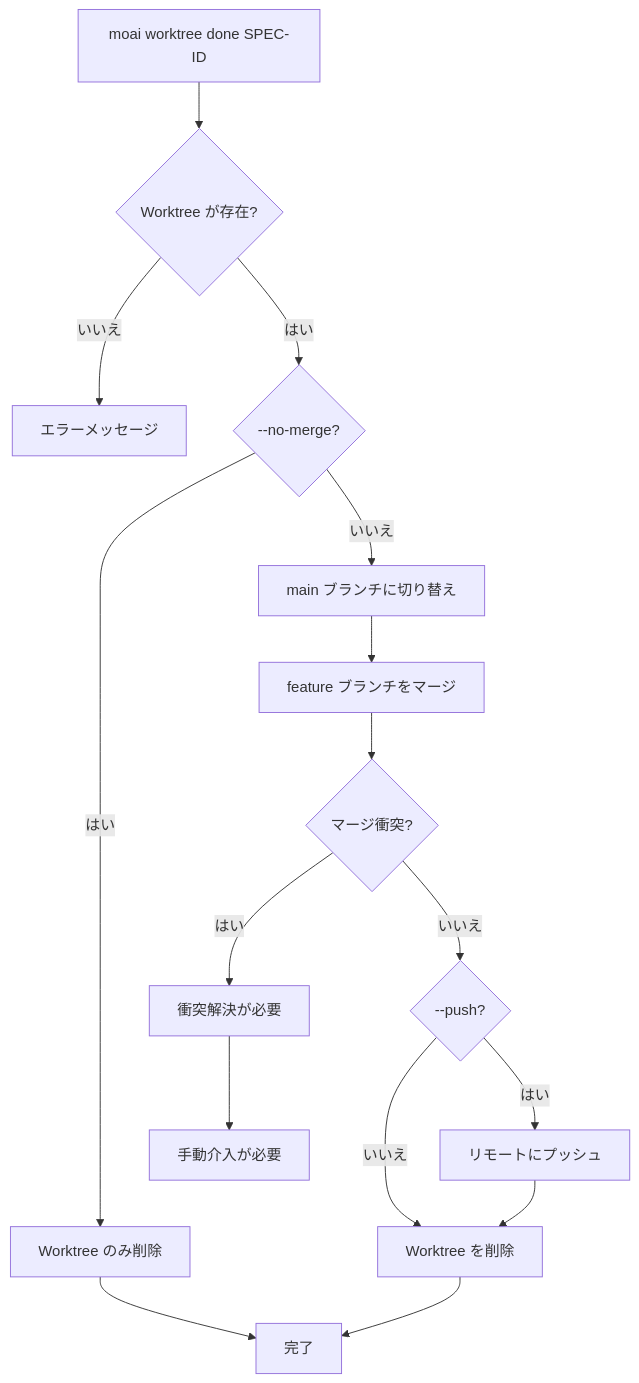
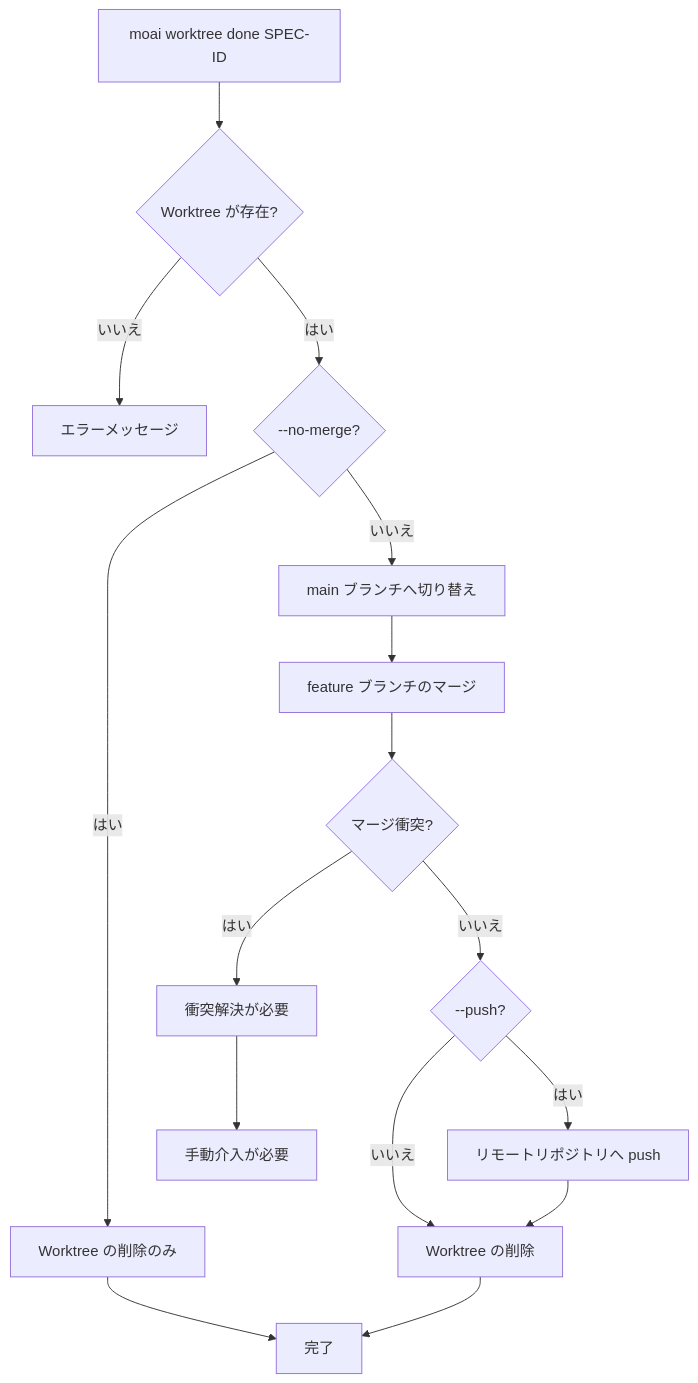
Before and after one commit to modu-ai/moai-adk: the fourth of 10 diagrams in docs-site/content/ja/worktree/guide.md, drawn with Mermaid. The commit also changed other lines of this file and 395 other files, not shown here.

````diff
--- a/docs-site/content/ja/worktree/guide.md
+++ b/docs-site/content/ja/worktree/guide.md
@@ -221,18 +227,18 @@
 ```mermaid
 flowchart TD
     A[moai worktree done SPEC-ID] --> B{Worktree が存在?}
     B -->|いいえ| C[エラーメッセージ]
     B -->|はい| D{--no-merge?}
-    D -->|はい| E[Worktree のみ削除]
-    D -->|いいえ| F[main ブランチに切り替え]
-    F --> G[feature ブランチをマージ]
+    D -->|はい| E[Worktree の削除のみ]
+    D -->|いいえ| F[main ブランチへ切り替え]
+    F --> G[feature ブランチのマージ]
     G --> H{マージ衝突?}
     H -->|はい| I[衝突解決が必要]
     H -->|いいえ| J{--push?}
-    J -->|はい| K[リモートにプッシュ]
-    J -->|いいえ| L[Worktree を削除]
+    J -->|はい| K[リモートリポジトリへ push]
+    J -->|いいえ| L[Worktree の削除]
     K --> L
     E --> M[完了]
     L --> M
     I --> N[手動介入が必要]
 ```
````
